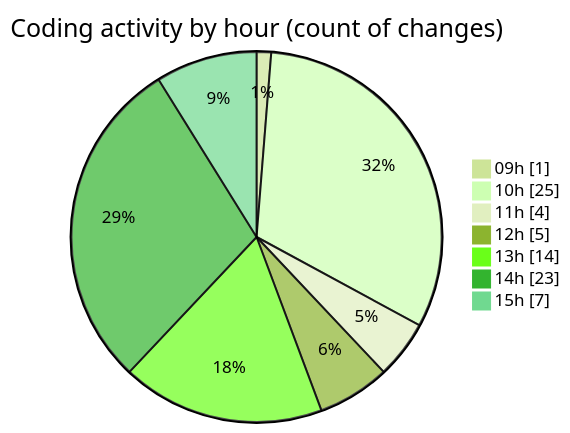
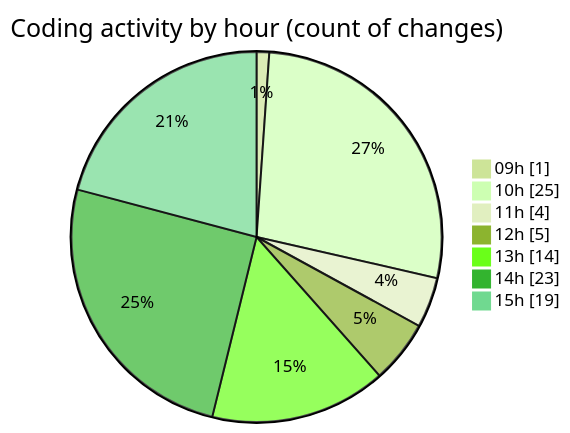
The second of 2 diagrams in 2025-11-17/eventscop-frontend-guide__workspace_/README.md (julien-gomy/code-tracking), drawn with Mermaid (forest theme) before and after one commit. The commit also changed other lines of this file and 1 other file, not shown here.

````diff
--- a/2025-11-17/eventscop-frontend-guide__workspace_/README.md
+++ b/2025-11-17/eventscop-frontend-guide__workspace_/README.md
@@ -55,11 +55,11 @@
 ```mermaid
 pie showData
 title Coding activity by hour (count of changes)
 "09h" : 1
 "10h" : 25
 "11h" : 4
 "12h" : 5
 "13h" : 14
 "14h" : 23
-"15h" : 7
+"15h" : 19
 ```
````
